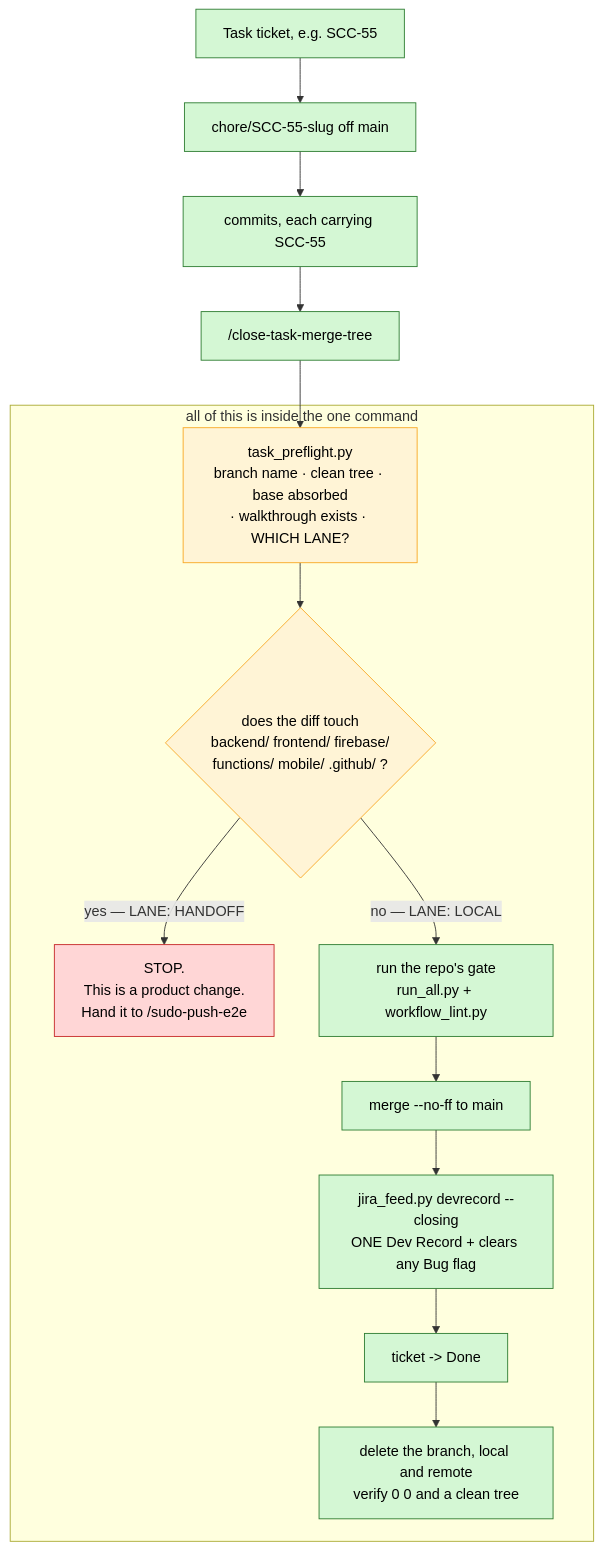
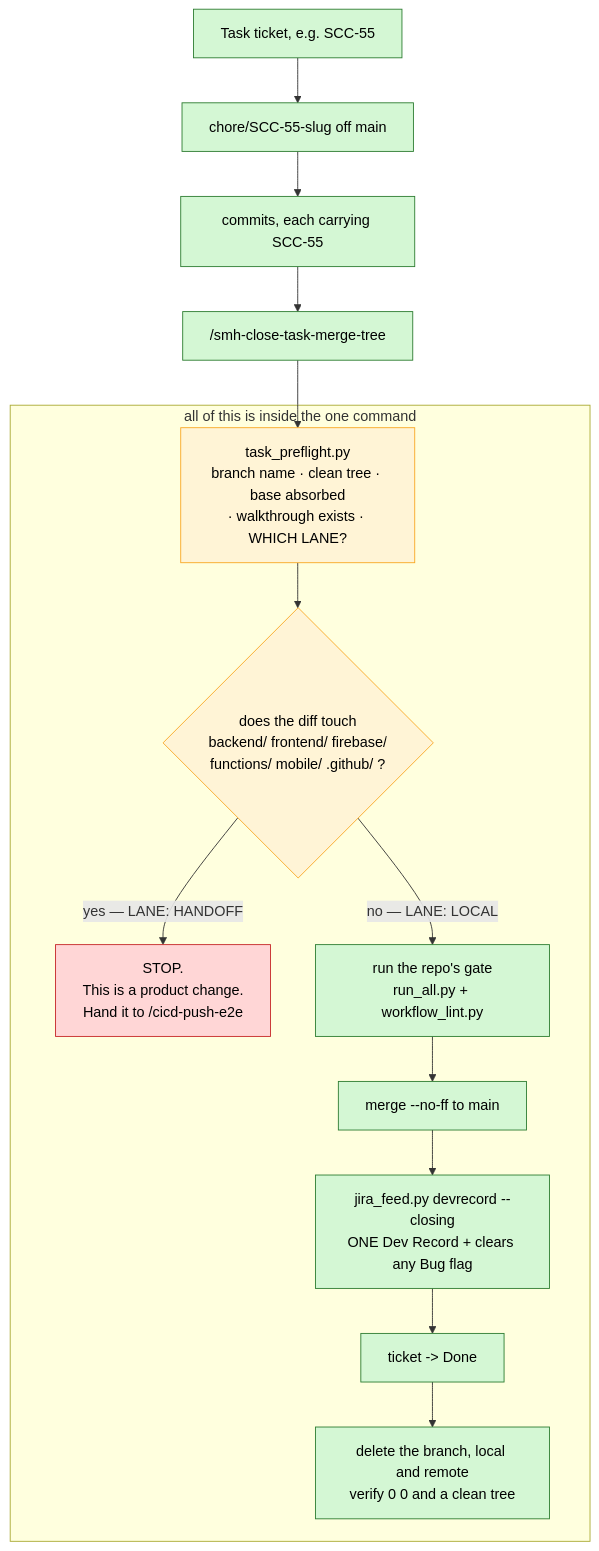
The seventh of 9 diagrams in _my_resources/diagrams_guides/system/jira_integration_guide.md (sudomadhatter/Sudo_Hatter_Command), drawn with Mermaid before and after one commit. The commit also changed other lines of this file and 402 other files, not shown here.

````diff
--- a/_my_resources/diagrams_guides/system/jira_integration_guide.md
+++ b/_my_resources/diagrams_guides/system/jira_integration_guide.md
@@ -365,23 +365,23 @@
 ```mermaid
 flowchart TD
     T["Task ticket, e.g. SCC-55"] --> BR["chore/SCC-55-slug off main"]
     BR --> WORK["commits, each carrying SCC-55"]
-    WORK --> CMD["/close-task-merge-tree"]
+    WORK --> CMD["/smh-close-task-merge-tree"]
     subgraph INSIDE ["all of this is inside the one command"]
         PRE["task_preflight.py\nbranch name · clean tree · base absorbed\n· walkthrough exists · WHICH LANE?"] --> LANE{"does the diff touch\nbackend/ frontend/ firebase/\nfunctions/ mobile/ .github/ ?"}
-        LANE -->|"yes — LANE: HANDOFF"| HAND["STOP.\nThis is a product change.\nHand it to /sudo-push-e2e"]
+        LANE -->|"yes — LANE: HANDOFF"| HAND["STOP.\nThis is a product change.\nHand it to /cicd-push-e2e"]
         LANE -->|"no — LANE: LOCAL"| GATE["run the repo's gate\nrun_all.py + workflow_lint.py"]
         GATE --> MERGE["merge --no-ff to main"]
         MERGE --> REC["jira_feed.py devrecord --closing\nONE Dev Record + clears any Bug flag"]
         REC --> DONE2["ticket -> Done"]
         DONE2 --> PRUNE["delete the branch, local and remote\nverify 0 0 and a clean tree"]
     end
     CMD --> PRE
 
     classDef good fill:#d4f7d4,stroke:#2e7d32,color:#000
     classDef bad fill:#ffd6d6,stroke:#c62828,color:#000
     classDef gate fill:#fff4d6,stroke:#f9a825,color:#000
     class T,BR,WORK,CMD,GATE,MERGE,REC,DONE2,PRUNE good
     class HAND bad
     class PRE,LANE gate
 ```
````
